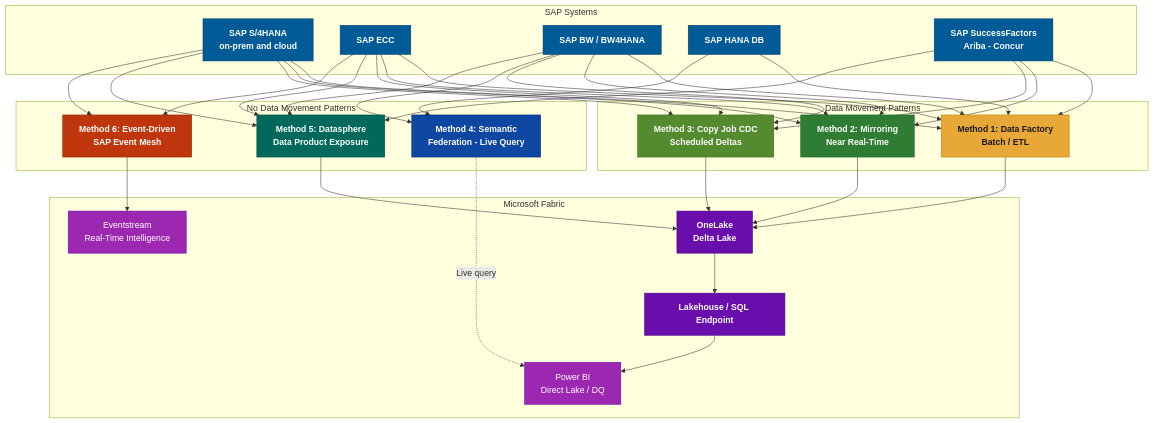
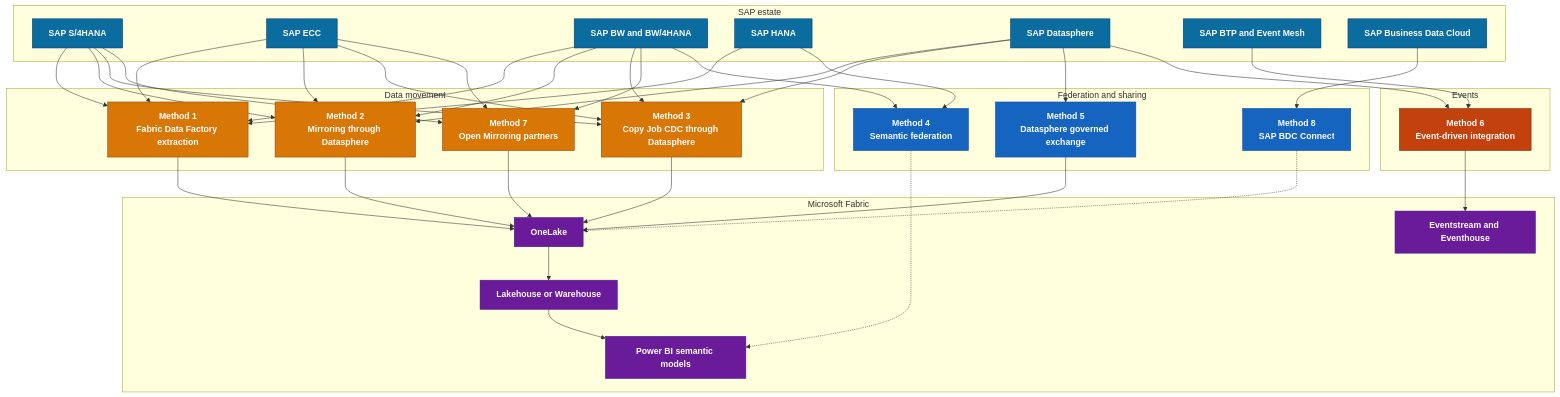
Before and after one commit to fredgis/fabric-foundry-kb: the first of 10 diagrams in markdown/SAP_Fabric_Connectivity.md, drawn with Mermaid. The commit also changed other lines of this file and 6 other files, not shown here.

Commit message:
Audit and refresh SAP Fabric connectivity guide

````diff
--- a/markdown/SAP_Fabric_Connectivity.md
+++ b/markdown/SAP_Fabric_Connectivity.md
@@ -15,65 +67,64 @@
 ```mermaid
-graph TD
-    subgraph SAP["SAP Systems"]
-        S1[SAP S/4HANA<br/>on-prem and cloud]
-        S2[SAP ECC]
-        S3[SAP BW / BW4HANA]
-        S4[SAP HANA DB]
-        S5[SAP SuccessFactors<br/>Ariba - Concur]
+flowchart TB
+    subgraph SAP["SAP estate"]
+        S4["SAP S/4HANA"]
+        ECC["SAP ECC"]
+        BW["SAP BW and BW/4HANA"]
+        HANA["SAP HANA"]
+        DS["SAP Datasphere"]
+        BTP["SAP BTP and Event Mesh"]
+        BDC["SAP Business Data Cloud"]
     end
 
-    subgraph DataMov["Data Movement Patterns"]
-        M1[Method 1: Data Factory<br/>Batch / ETL]
-        M2[Method 2: Mirroring<br/>Near Real-Time]
-        M3[Method 3: Copy Job CDC<br/>Scheduled Deltas]
+    subgraph Move["Data movement"]
+        M1["Method 1<br/>Fabric Data Factory extraction"]
+        M2["Method 2<br/>Mirroring through Datasphere"]
+        M3["Method 3<br/>Copy Job CDC through Datasphere"]
+        M7["Method 7<br/>Open Mirroring partners"]
     end
 
-    subgraph NoMov["No Data Movement Patterns"]
-        M4[Method 4: Semantic<br/>Federation - Live Query]
-        M5[Method 5: Datasphere<br/>Data Product Exposure]
-        M6[Method 6: Event-Driven<br/>SAP Event Mesh]
+    subgraph Federate["Federation and sharing"]
+        M4["Method 4<br/>Semantic federation"]
+        M5["Method 5<br/>Datasphere governed exchange"]
+        M8["Method 8<br/>SAP BDC Connect"]
+    end
+
+    subgraph Events["Events"]
+        M6["Method 6<br/>Event-driven integration"]
     end
 
     subgraph Fabric["Microsoft Fabric"]
-        F1[OneLake<br/>Delta Lake]
-        F2[Lakehouse / SQL Endpoint]
-        F3[Power BI<br/>Direct Lake / DQ]
-        F4[Eventstream<br/>Real-Time Intelligence]
+        OL["OneLake"]
+        LH["Lakehouse or Warehouse"]
+        ES["Eventstream and Eventhouse"]
+        PBI["Power BI semantic models"]
     end
 
-    S1 & S2 & S3 & S4 & S5 --> M1
-    S1 & S2 & S3 & S5 --> M2
-    S1 & S2 & S3 & S5 --> M3
-    S3 & S4 --> M4
-    S1 & S2 & S3 & S5 --> M5
-    S1 & S2 --> M6
+    S4 & ECC & BW & HANA --> M1
+    S4 & ECC & BW & DS --> M2
+    S4 & ECC & BW & DS --> M3
+    S4 & ECC & BW --> M7
+    BW & HANA --> M4
+    DS --> M5
+    DS & BTP --> M6
+    BDC --> M8
 
-    M1 --> F1
-    M2 --> F1
-    M3 --> F1
-    M4 -.->|Live query| F3
-    M5 --> F1
-    M6 --> F4
-    F1 --> F2
-    F2 --> F3
+    M1 & M2 & M3 & M7 --> OL
+    M5 --> OL
+    M8 -.-> OL
+    M6 --> ES
+    OL --> LH --> PBI
+    M4 -.-> PBI
 
-    classDef sapStyle fill:#005B97,stroke:#003D66,color:#ffffff,font-weight:bold
-    classDef methodBatch fill:#E8A838,stroke:#C07C10,color:#1a1a1a,font-weight:bold
-    classDef methodMirror fill:#2E7D32,stroke:#1B5E20,color:#ffffff,font-weight:bold
-    classDef methodCDC fill:#558B2F,stroke:#33691E,color:#ffffff,font-weight:bold
-    classDef methodFed fill:#0D47A1,stroke:#002171,color:#ffffff,font-weight:bold
-    classDef methodDP fill:#00695C,stroke:#004D40,color:#ffffff,font-weight:bold
-    classDef methodEvt fill:#BF360C,stroke:#8C2300,color:#ffffff,font-weight:bold
-    classDef fabricCore fill:#6A0DAD,stroke:#4A0080,color:#ffffff,font-weight:bold
-    classDef fabricEnd fill:#9C27B0,stroke:#6A0DAD,color:#ffffff
+    classDef sap fill:#0B6CA0,stroke:#003D66,color:#ffffff,font-weight:bold
+    classDef movement fill:#D97706,stroke:#92400E,color:#ffffff,font-weight:bold
+    classDef federation fill:#1565C0,stroke:#0D47A1,color:#ffffff,font-weight:bold
+    classDef event fill:#C2410C,stroke:#7C2D12,color:#ffffff,font-weight:bold
+    classDef fabric fill:#6A1B9A,stroke:#4A148C,color:#ffffff,font-weight:bold
 
-    class S1,S2,S3,S4,S5 sapStyle
-    class M1 methodBatch
-    class M2 methodMirror
-    class M3 methodCDC
-    class M4 methodFed
-    class M5 methodDP
-    class M6 methodEvt
-    class F1,F2 fabricCore
-    class F3,F4 fabricEnd
+    class S4,ECC,BW,HANA,DS,BTP,BDC sap
+    class M1,M2,M3,M7 movement
+    class M4,M5,M8 federation
+    class M6 event
+    class OL,LH,ES,PBI fabric
 ```
````
